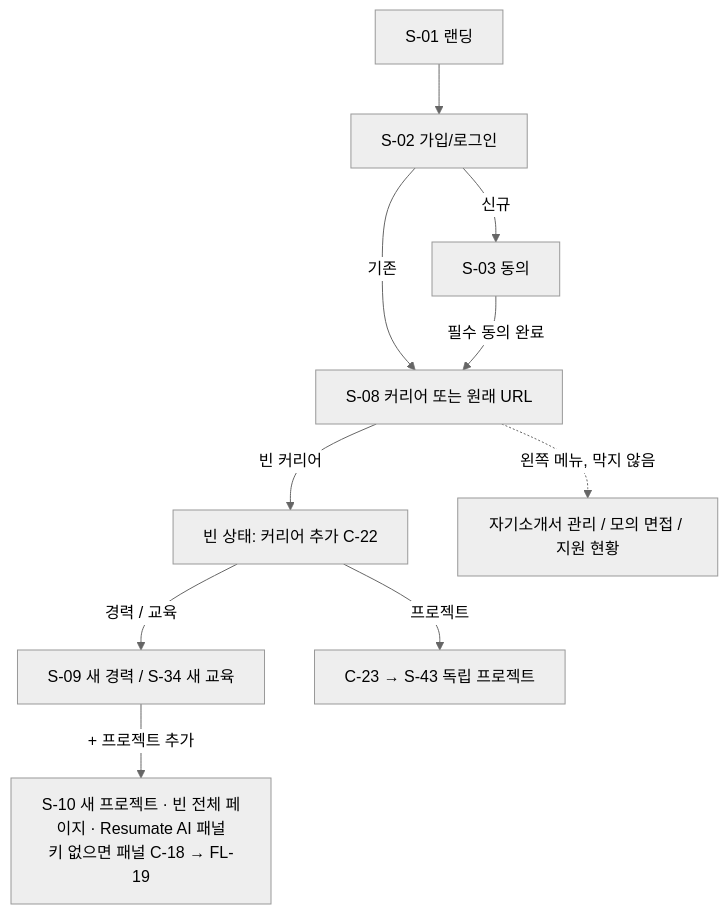
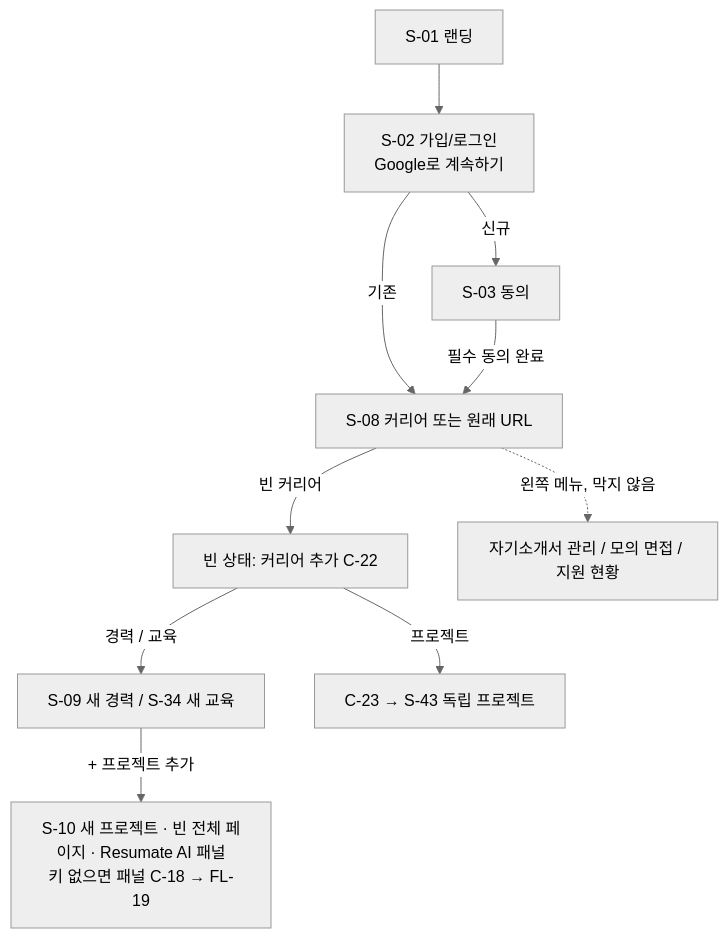
Before and after one commit to j-hyunn/resumate: the second of 21 diagrams in docs/planning/02-user-flows.md, drawn with Mermaid (neutral theme). The commit also changed other lines of this file and 4 other files, not shown here.

````diff
--- a/docs/planning/02-user-flows.md
+++ b/docs/planning/02-user-flows.md
@@ -267,12 +268,12 @@
 ```mermaid
 flowchart TD
-  A[S-01 랜딩] --> B[S-02 가입/로그인]
+  A[S-01 랜딩] --> B[S-02 가입/로그인<br/>Google로 계속하기]
   B -->|신규| C[S-03 동의]
   B -->|기존| D[S-08 커리어 또는 원래 URL]
   C -->|필수 동의 완료| D
   D -->|빈 커리어| E[빈 상태: 커리어 추가 C-22]
   E -->|경력 / 교육| G[S-09 새 경력 / S-34 새 교육]
   E -->|프로젝트| G2[C-23 → S-43 독립 프로젝트]
   G -->|+ 프로젝트 추가| P[S-10 새 프로젝트 · 빈 전체 페이지 · Resumate AI 패널<br/>키 없으면 패널 C-18 → FL-19]
   D -.왼쪽 메뉴, 막지 않음.-> H[자기소개서 관리 / 모의 면접 / 지원 현황]
 ```
````
